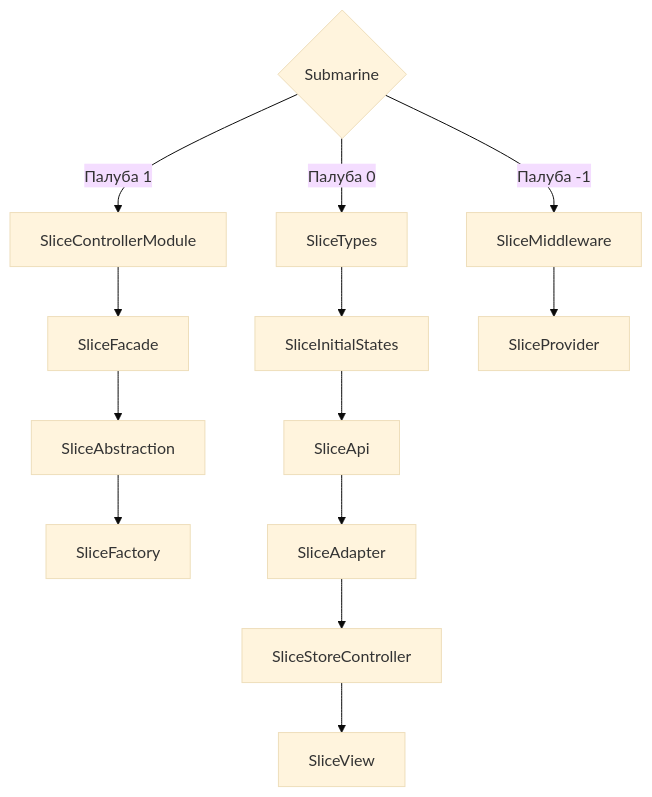
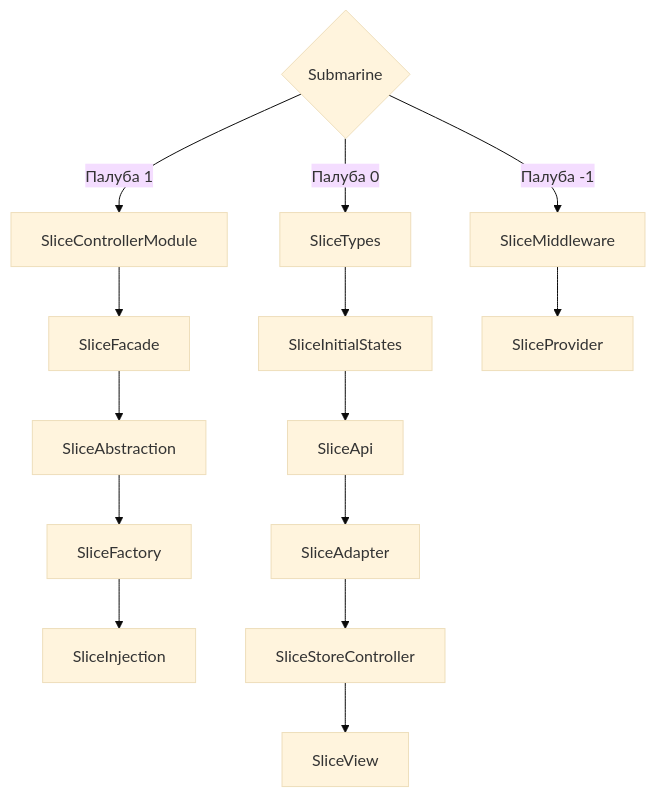
One commit to cossack-don/aqua-submarine changed the diagram in README.md. Above: the diagram before and after it, drawn with Mermaid (base theme).

````diff
--- a/README.md
+++ b/README.md
@@ -20,25 +20,26 @@
 ```mermaid
 flowchart TD
     C{Submarine}
     
     %% Палуба 1 (верхняя)
     C --> |Палуба 1| D[SliceControllerModule]
     D --> SliceFacade
     SliceFacade --> SliceAbstraction
     SliceAbstraction --> SliceFactory
-    
+    SliceFactory --> SliceInjection
+
     %% Палуба 0 (основная)
     C --> |Палуба 0| X[SliceTypes]
     X --> SliceInitialStates
     SliceInitialStates --> SliceApi
     SliceApi --> SliceAdapter
     SliceAdapter --> SliceStoreController
     SliceStoreController --> SliceView
     
     %% Палуба -1 (нижняя)
     C --> |Палуба -1| E[SliceMiddleware]
     E --> SliceProvider
     SliceProvider
    
     
 ```
````
